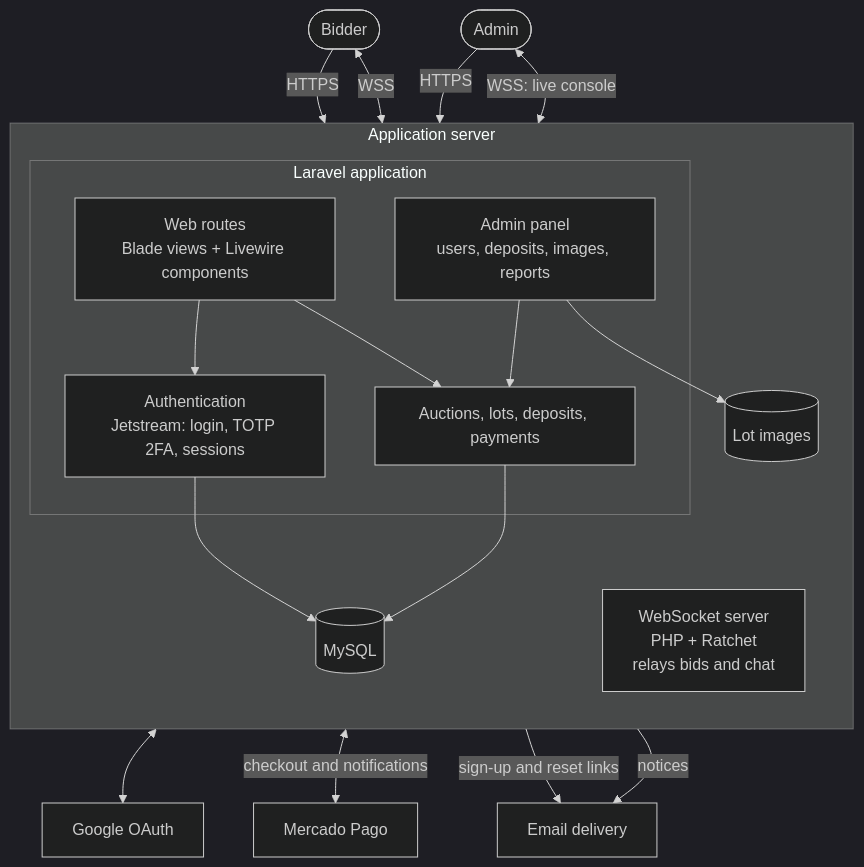
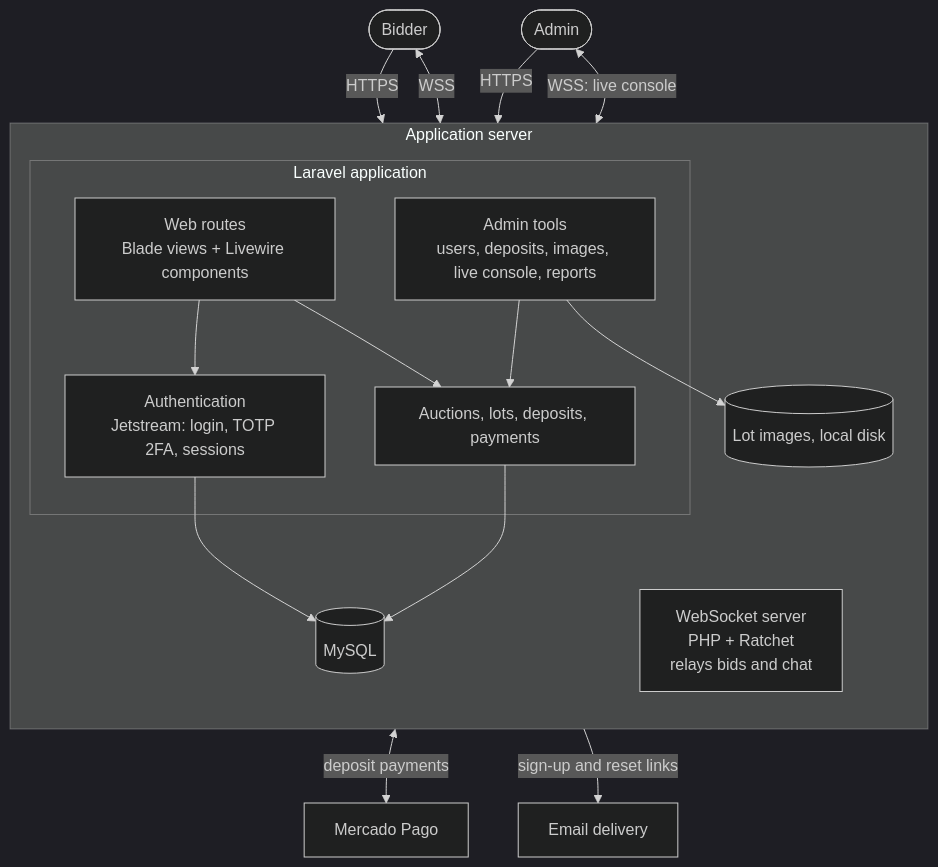
Before and after one commit to leonelquiroga/case-study-online-auctions: the diagram in docs/architecture.md, drawn with Mermaid (dark theme). The commit also changed other lines of this file and 3 other files, not shown here.

````diff
--- a/docs/architecture.md
+++ b/docs/architecture.md
@@ -9,39 +9,36 @@
 ```mermaid
 flowchart TB
     User(["Bidder"])
     AdminUser(["Admin"])
 
     subgraph Server["Application server"]
         direction TB
         subgraph Laravel["Laravel application"]
             Web["Web routes<br/>Blade views + Livewire components"]
             Auth["Authentication<br/>Jetstream: login, TOTP 2FA, sessions"]
             Domain["Auctions, lots, deposits, payments"]
-            AdminPanel["Admin panel<br/>users, deposits, images, reports"]
+            AdminPanel["Admin tools<br/>users, deposits, images, live console, reports"]
         end
         WS["WebSocket server<br/>PHP + Ratchet<br/>relays bids and chat"]
         DB[("MySQL")]
-        Files[("Lot images")]
+        Files[("Lot images, local disk")]
     end
 
-    Google["Google OAuth"]
     MP["Mercado Pago"]
     Mail["Email delivery"]
 
     User -->|HTTPS| Web
     AdminUser -->|HTTPS| AdminPanel
     User <-->|WSS| WS
     AdminUser <-->|"WSS: live console"| WS
 
     Web --> Auth
     Web --> Domain
     AdminPanel --> Domain
     Auth --> DB
     Domain --> DB
     AdminPanel --> Files
 
-    Auth <--> Google
-    Domain <-->|"checkout and notifications"| MP
+    Domain <-->|"deposit payments"| MP
     Auth -->|"sign-up and reset links"| Mail
-    Domain -->|"notices"| Mail
 ```
````
